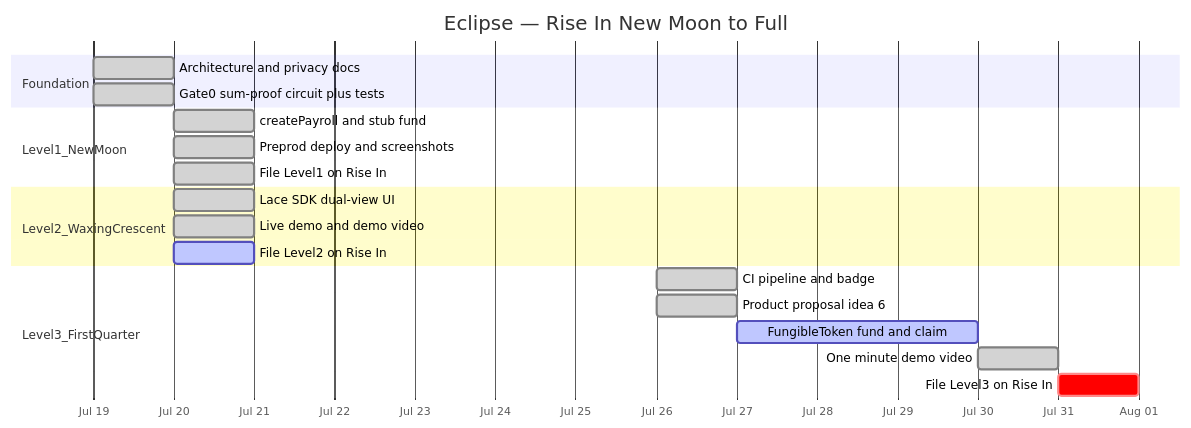
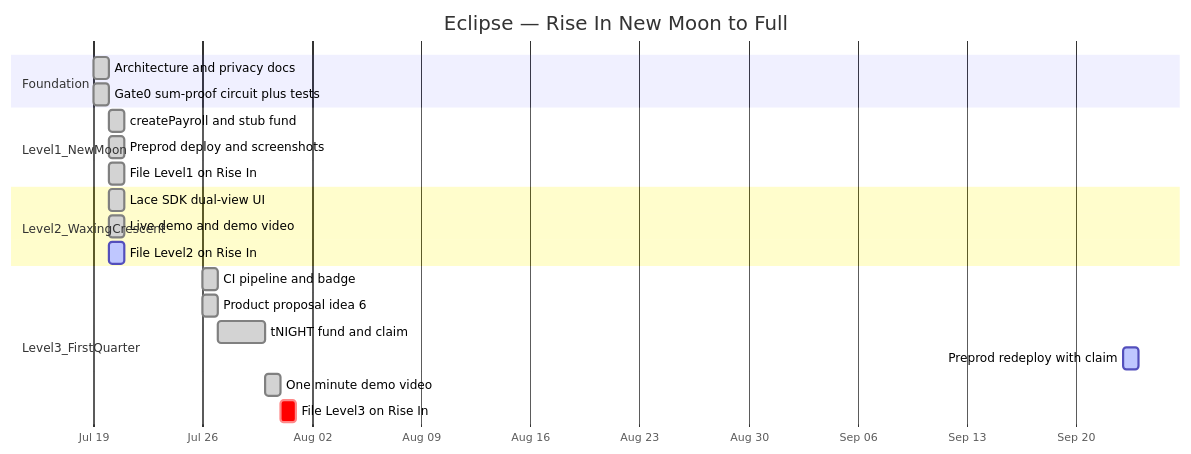
Before and after one commit to TadeyRuk/Eclipse: the diagram in README.md, drawn with Mermaid. The commit also changed other lines of this file and 7 other files, not shown here.

First line of the commit message:
docs: record real tNIGHT fund, 46 tests, and L4 pay-out deferral

````diff
--- a/README.md
+++ b/README.md
@@ -61,28 +63,29 @@
 ```mermaid
 gantt
     title Eclipse — Rise In New Moon to Full
     dateFormat YYYY-MM-DD
     axisFormat %b %d
     todayMarker off
 
     section Foundation
     Architecture and privacy docs     :done,    arch, 2026-07-19, 1d
     Gate0 sum-proof circuit plus tests :done,   g0,   2026-07-19, 1d
 
     section Level1_NewMoon
     createPayroll and stub fund       :done,    l1a, 2026-07-20, 1d
     Preprod deploy and screenshots    :done,    l1b, 2026-07-20, 1d
     File Level1 on Rise In            :done,    l1c, 2026-07-20, 1d
 
     section Level2_WaxingCrescent
     Lace SDK dual-view UI             :done,    l2a, 2026-07-20, 1d
     Live demo and demo video          :done,    l2b, 2026-07-20, 1d
     File Level2 on Rise In            :active,  l2c, 2026-07-20, 1d
 
     section Level3_FirstQuarter
     CI pipeline and badge             :done,    l3a, 2026-07-26, 1d
     Product proposal idea 6           :done,    l3b, 2026-07-26, 1d
-    FungibleToken fund and claim      :active,  l3c, 2026-07-27, 3d
+    tNIGHT fund and claim             :done,    l3c, 2026-07-27, 3d
+    Preprod redeploy with claim       :active,  l3f, 2026-09-23, 1d
     One minute demo video             :done,    l3d, 2026-07-30, 1d
     File Level3 on Rise In            :crit,    l3e, 2026-07-31, 1d
 ```
````
